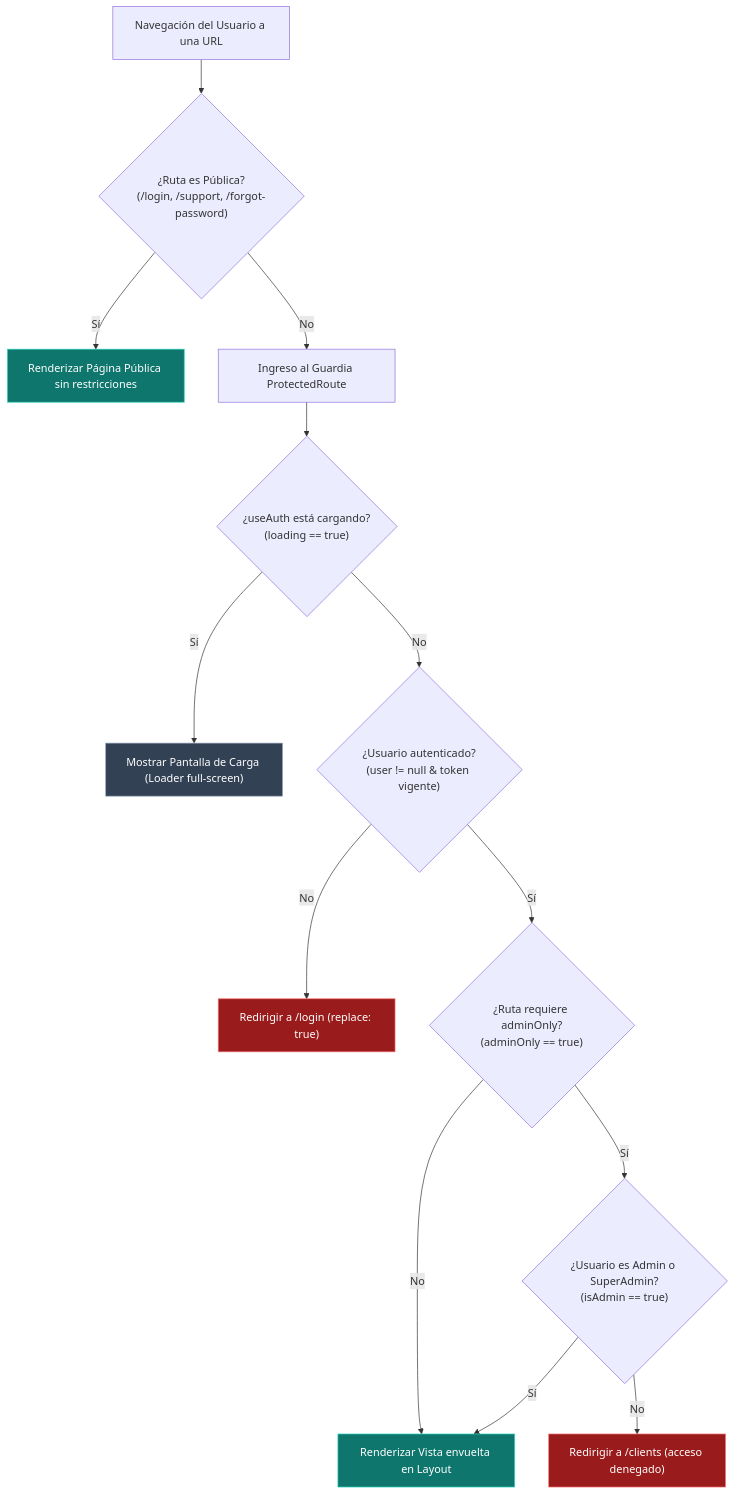
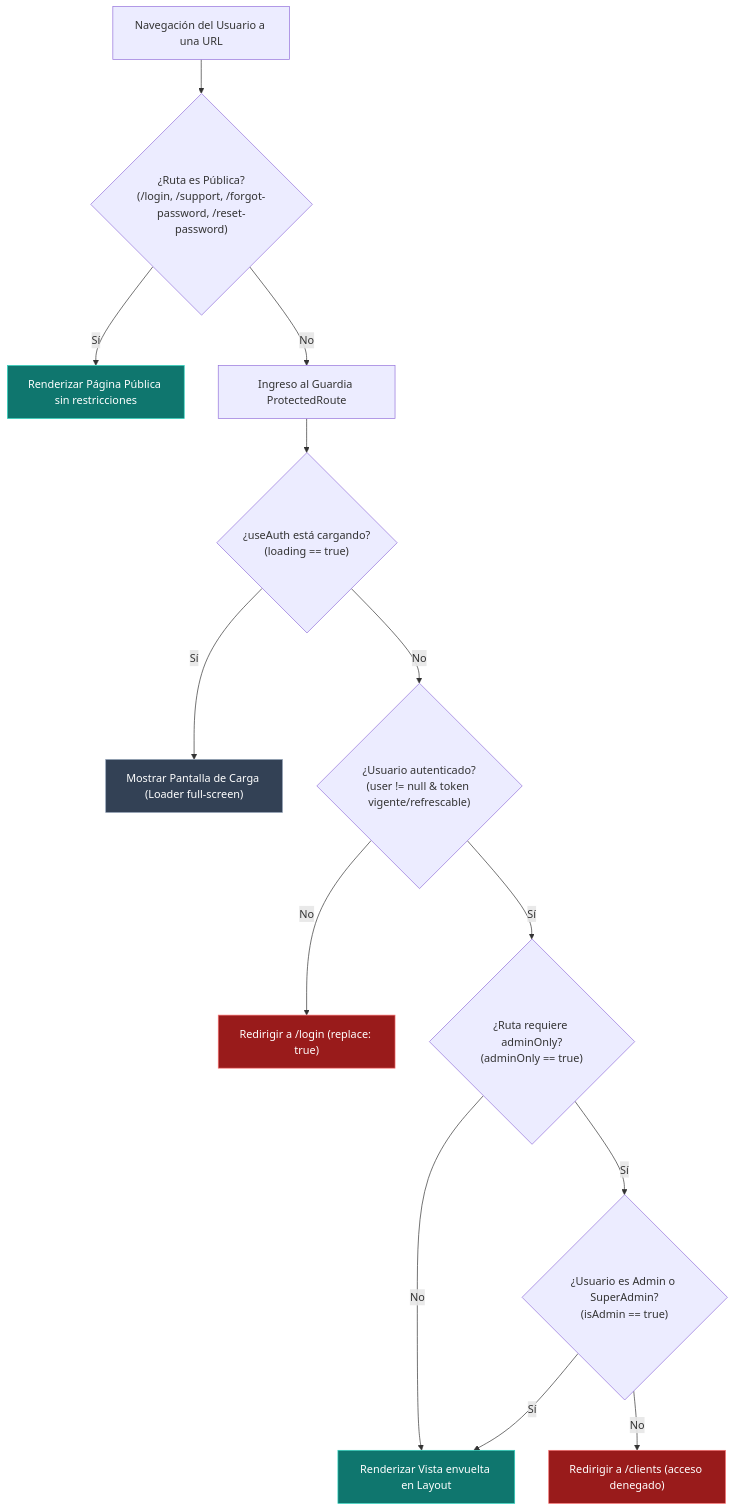
The diagram in Proyectos/CRM TIBS - Autenticacion, JWT & Protected Routes.md (DesarrolloTibs/crm-tibs-app), drawn with Mermaid before and after one commit. The commit also changed other lines of this file and 12 other files, not shown here.

````diff
--- a/Proyectos/CRM TIBS - Autenticacion, JWT & Protected Routes.md
+++ b/Proyectos/CRM TIBS - Autenticacion, JWT & Protected Routes.md
@@ -22,28 +23,28 @@
 ```mermaid
 flowchart TD
-    Start["Navegación del Usuario a una URL"] --> RouteCheck{"¿Ruta es Pública?<br/>(/login, /support, /forgot-password)"}
+    Start["Navegación del Usuario a una URL"] --> RouteCheck{"¿Ruta es Pública?<br/>(/login, /support, /forgot-password, /reset-password)"}
     
     RouteCheck -- Sí --> RenderPublic["Renderizar Página Pública sin restricciones"]
     RouteCheck -- No --> Guard["Ingreso al Guardia ProtectedRoute"]
 
     Guard --> CheckLoading{"¿useAuth está cargando?<br/>(loading == true)"}
     CheckLoading -- Sí --> ShowLoader["Mostrar Pantalla de Carga (Loader full-screen)"]
-    CheckLoading -- No --> CheckUser{"¿Usuario autenticado?<br/>(user != null & token vigente)"}
+    CheckLoading -- No --> CheckUser{"¿Usuario autenticado?<br/>(user != null & token vigente/refrescable)"}
 
     CheckUser -- No --> RedirectLogin["Redirigir a /login (replace: true)"]
     CheckUser -- Sí --> CheckAdmin{"¿Ruta requiere adminOnly?<br/>(adminOnly == true)"}
 
     CheckAdmin -- No --> RenderView["Renderizar Vista envuelta en Layout"]
     CheckAdmin -- Sí --> VerifyRole{"¿Usuario es Admin o SuperAdmin?<br/>(isAdmin == true)"}
 
     VerifyRole -- Sí --> RenderView
     VerifyRole -- No --> RedirectHome["Redirigir a /clients (acceso denegado)"]
 
     classDef pass fill:#0f766e,stroke:#2dd4bf,color:#fff;
     classDef reject fill:#991b1b,stroke:#f87171,color:#fff;
     classDef wait fill:#334155,stroke:#94a3b8,color:#fff;
 
     class RenderPublic,RenderView pass;
     class RedirectLogin,RedirectHome reject;
     class ShowLoader wait;
 ```
````
